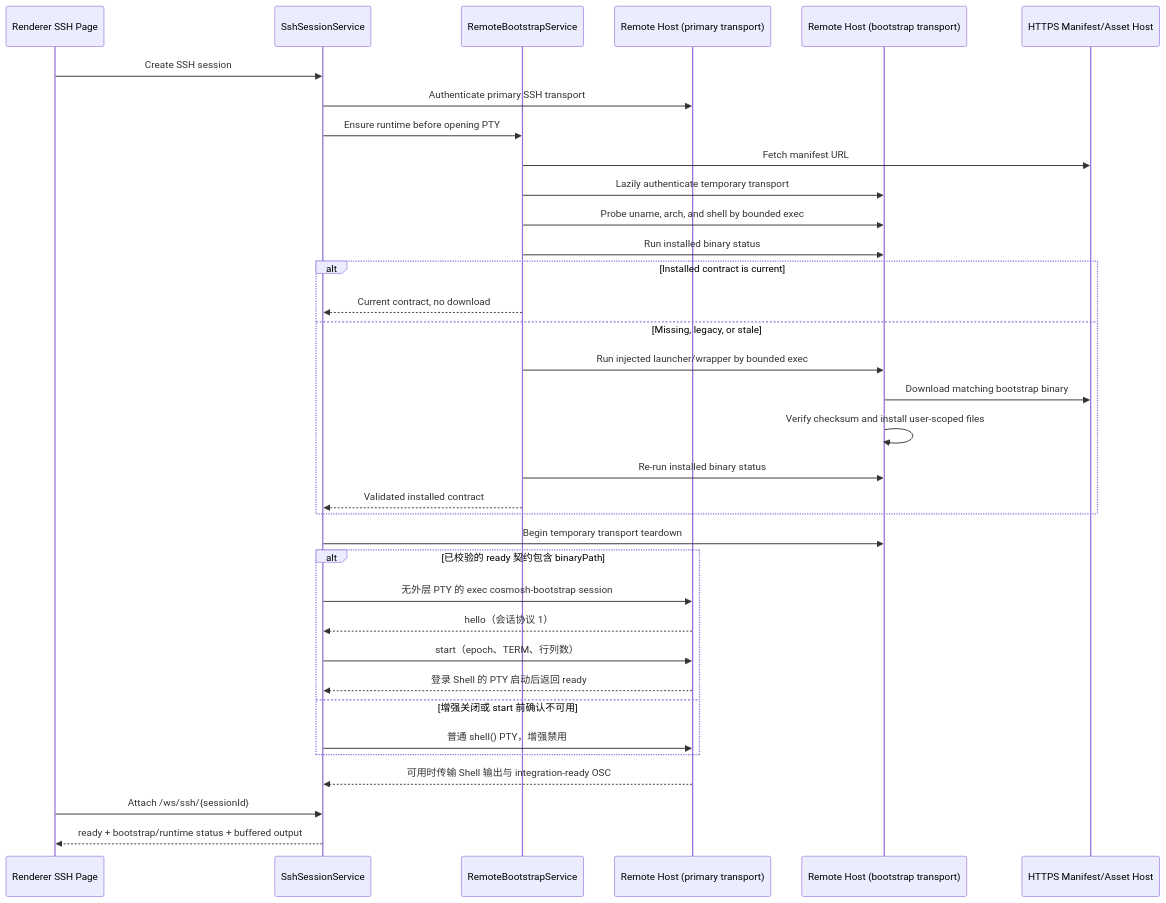
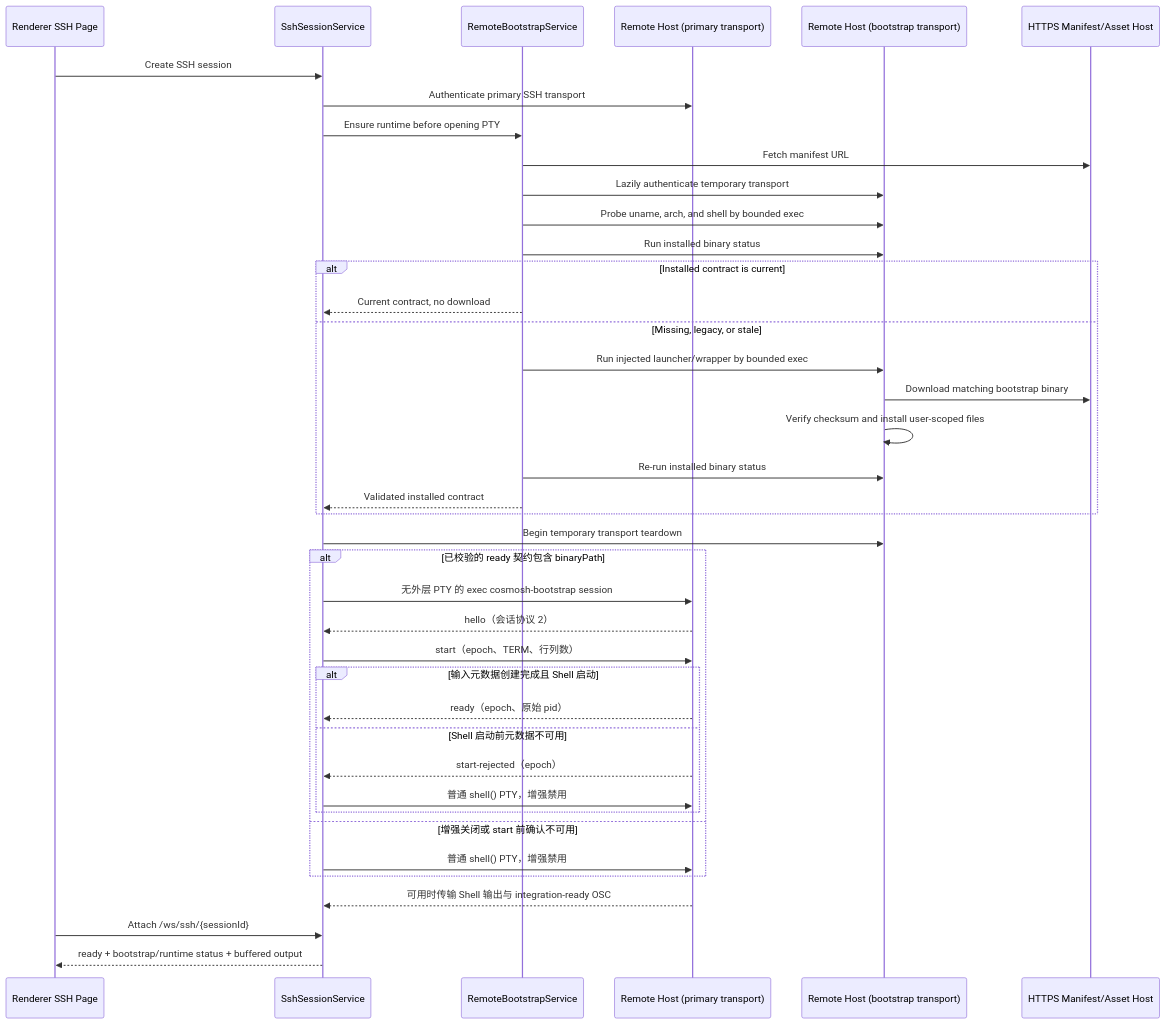
The third of 5 diagrams in docs/zh-CN/developer/runtime/ssh-terminal.md (agoudbg/Cosmosh), drawn with Mermaid before and after one commit. The commit also changed other lines of this file and 82 other files, not shown here.

````diff
--- a/docs/zh-CN/developer/runtime/ssh-terminal.md
+++ b/docs/zh-CN/developer/runtime/ssh-terminal.md
@@ -416,38 +419,43 @@
 ```mermaid
 sequenceDiagram
   participant UI as Renderer SSH Page
   participant SSH as SshSessionService
   participant BOOT as RemoteBootstrapService
   participant PRIMARY as Remote Host (primary transport)
   participant AUX as Remote Host (bootstrap transport)
   participant REL as HTTPS Manifest/Asset Host
 
   UI->>SSH: Create SSH session
   SSH->>PRIMARY: Authenticate primary SSH transport
   SSH->>BOOT: Ensure runtime before opening PTY
   BOOT->>REL: Fetch manifest URL
   BOOT->>AUX: Lazily authenticate temporary transport
   BOOT->>AUX: Probe uname, arch, and shell by bounded exec
   BOOT->>AUX: Run installed binary status
   alt Installed contract is current
     BOOT-->>SSH: Current contract, no download
   else Missing, legacy, or stale
     BOOT->>AUX: Run injected launcher/wrapper by bounded exec
     AUX->>REL: Download matching bootstrap binary
     AUX->>AUX: Verify checksum and install user-scoped files
     BOOT->>AUX: Re-run installed binary status
     BOOT-->>SSH: Validated installed contract
   end
   SSH->>AUX: Begin temporary transport teardown
   alt 已校验的 ready 契约包含 binaryPath
     SSH->>PRIMARY: 无外层 PTY 的 exec cosmosh-bootstrap session
-    PRIMARY-->>SSH: hello（会话协议 1）
+    PRIMARY-->>SSH: hello（会话协议 2）
     SSH->>PRIMARY: start（epoch、TERM、行列数）
-    PRIMARY-->>SSH: 登录 Shell 的 PTY 启动后返回 ready
+    alt 输入元数据创建完成且 Shell 启动
+      PRIMARY-->>SSH: ready（epoch、原始 pid）
+    else Shell 启动前元数据不可用
+      PRIMARY-->>SSH: start-rejected（epoch）
+      SSH->>PRIMARY: 普通 shell() PTY，增强禁用
+    end
   else 增强关闭或 start 前确认不可用
     SSH->>PRIMARY: 普通 shell() PTY，增强禁用
   end
   PRIMARY-->>SSH: 可用时传输 Shell 输出与 integration-ready OSC
   UI->>SSH: Attach /ws/ssh/{sessionId}
   SSH-->>UI: ready + bootstrap/runtime status + buffered output
 ```
````
